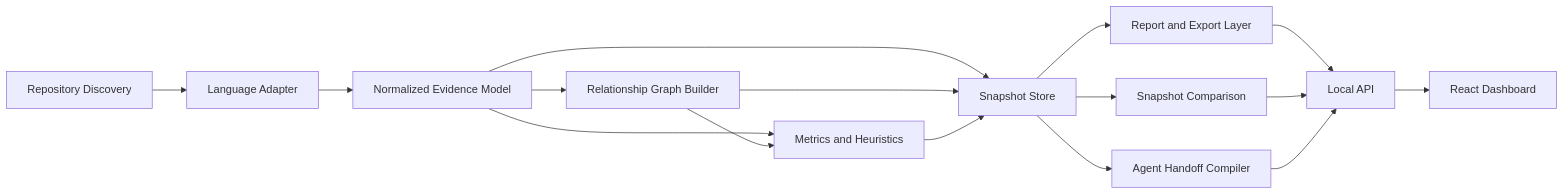
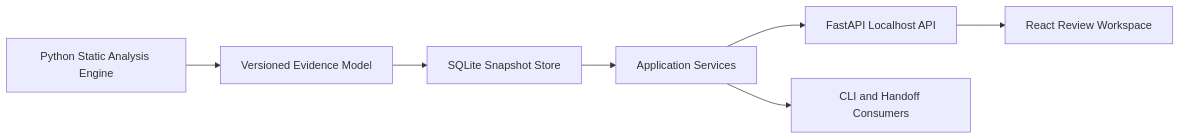
One commit to Nobodyworld/dev-logger-zscripts changed the diagram in docs/product/REPOSITORY_INTELLIGENCE_ROADMAP.md. Above: the diagram before and after it, drawn with Mermaid. The commit also changed other lines of this file, not shown here.

Commit message:
docs: revise roadmap around local review workspace

````diff
--- a/docs/product/REPOSITORY_INTELLIGENCE_ROADMAP.md
+++ b/docs/product/REPOSITORY_INTELLIGENCE_ROADMAP.md
@@ -95,18 +515,9 @@
 ```mermaid
 flowchart LR
-    A[Repository Discovery] --> B[Language Adapter]
-    B --> C[Normalized Evidence Model]
-    C --> D[Relationship Graph Builder]
-    C --> E[Metrics and Heuristics]
-    D --> E
-    C --> F[Snapshot Store]
-    D --> F
-    E --> F
-    F --> G[Report and Export Layer]
-    F --> H[Snapshot Comparison]
-    F --> I[Agent Handoff Compiler]
-    G --> J[Local API]
-    H --> J
-    I --> J
-    J --> K[React Dashboard]
+    A[Python Static Analysis Engine] --> B[Versioned Evidence Model]
+    B --> C[SQLite Snapshot Store]
+    C --> D[Application Services]
+    D --> E[FastAPI Localhost API]
+    E --> F[React Review Workspace]
+    D --> G[CLI and Handoff Consumers]
 ```
````
